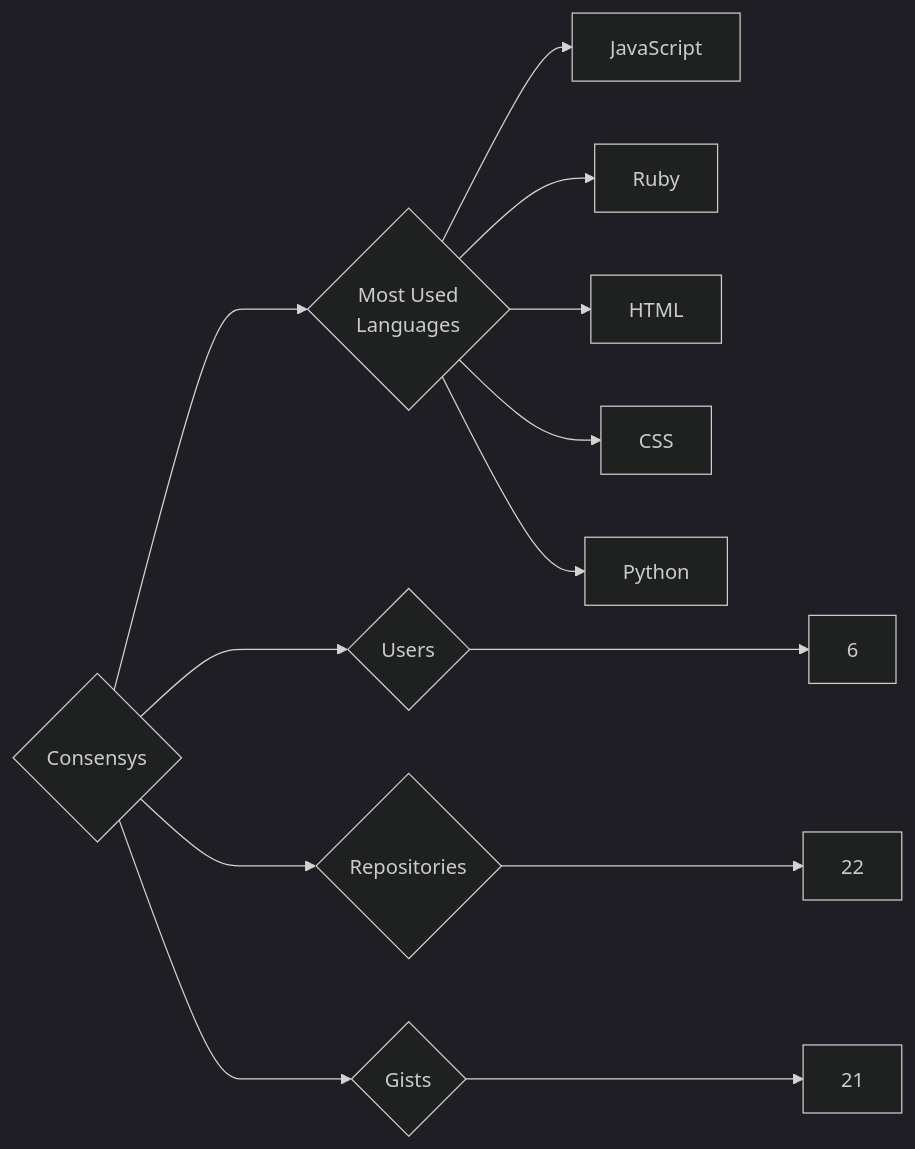
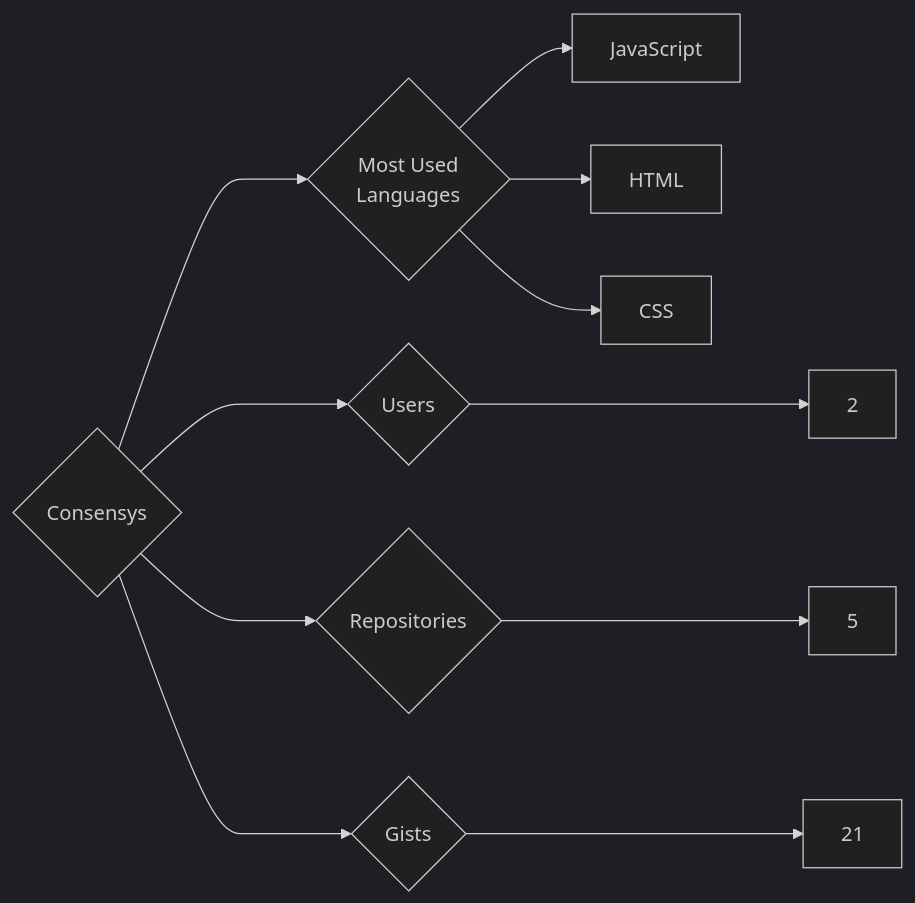
One commit to trickest/insiders changed the diagram in targets/Consensys/README.md. Above: the diagram before and after it, drawn with Mermaid (dark theme). The commit also changed 724 other files, not shown here.

````diff
--- a/targets/Consensys/README.md
+++ b/targets/Consensys/README.md
@@ -3,13 +3,11 @@
 ```mermaid
 graph LR
 COMPANY_NAME{Consensys}
-COMPANY_NAME ---> U{Users} ---> UN[6]
-COMPANY_NAME ---> R{Repositories} ---> RN[22]
+COMPANY_NAME ---> U{Users} ---> UN[2]
+COMPANY_NAME ---> R{Repositories} ---> RN[5]
 COMPANY_NAME ---> G{Gists} ---> GN[21]
 COMPANY_NAME ---> ML{Most Used<br>Languages}
 ML --> JavaScript[JavaScript]
-ML --> Ruby[Ruby]
 ML --> HTML[HTML]
 ML --> CSS[CSS]
-ML --> Python[Python]
 ```
````
